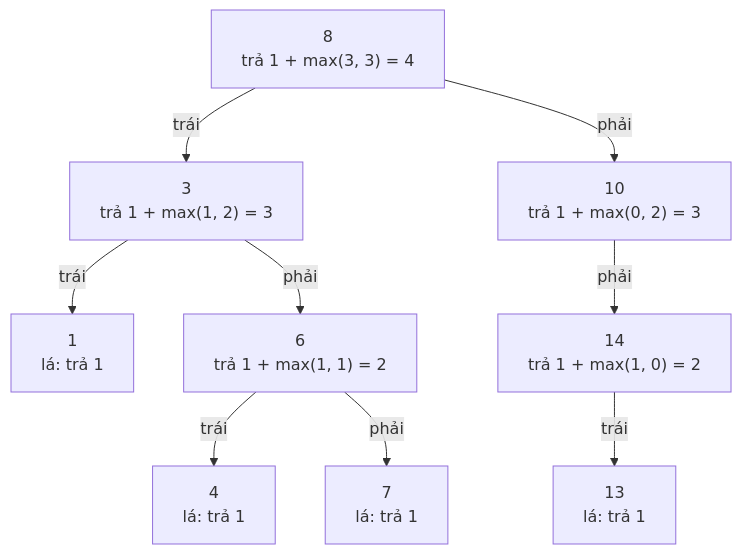
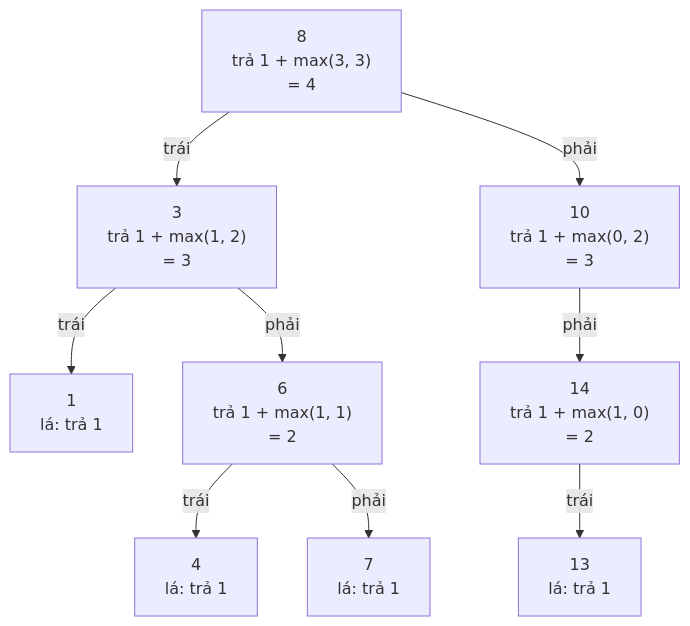
The first of 2 diagrams in content/problems/maximum-depth-of-binary-tree.md (duongbui234/software-engineering-atlas), drawn with Mermaid before and after one commit. The commit also changed other lines of this file and 134 other files, not shown here.

First line of the commit message:
Fit every Mermaid diagram at 390px without sideways scroll (#56)

````diff
--- a/content/problems/maximum-depth-of-binary-tree.md
+++ b/content/problems/maximum-depth-of-binary-tree.md
@@ -56,11 +56,11 @@
 ```mermaid
 flowchart TB
-  N8["8<br/>trả 1 + max(3, 3) = 4"] -->|trái| N3["3<br/>trả 1 + max(1, 2) = 3"]
-  N8 -->|phải| N10["10<br/>trả 1 + max(0, 2) = 3"]
+  N8["8<br/>trả 1 + max(3, 3)<br/>= 4"] -->|trái| N3["3<br/>trả 1 + max(1, 2)<br/>= 3"]
+  N8 -->|phải| N10["10<br/>trả 1 + max(0, 2)<br/>= 3"]
   N3 -->|trái| N1["1<br/>lá: trả 1"]
-  N3 -->|phải| N6["6<br/>trả 1 + max(1, 1) = 2"]
-  N10 -->|phải| N14["14<br/>trả 1 + max(1, 0) = 2"]
+  N3 -->|phải| N6["6<br/>trả 1 + max(1, 1)<br/>= 2"]
+  N10 -->|phải| N14["14<br/>trả 1 + max(1, 0)<br/>= 2"]
   N6 -->|trái| N4["4<br/>lá: trả 1"]
   N6 -->|phải| N7["7<br/>lá: trả 1"]
   N14 -->|trái| N13["13<br/>lá: trả 1"]
 ```
````
